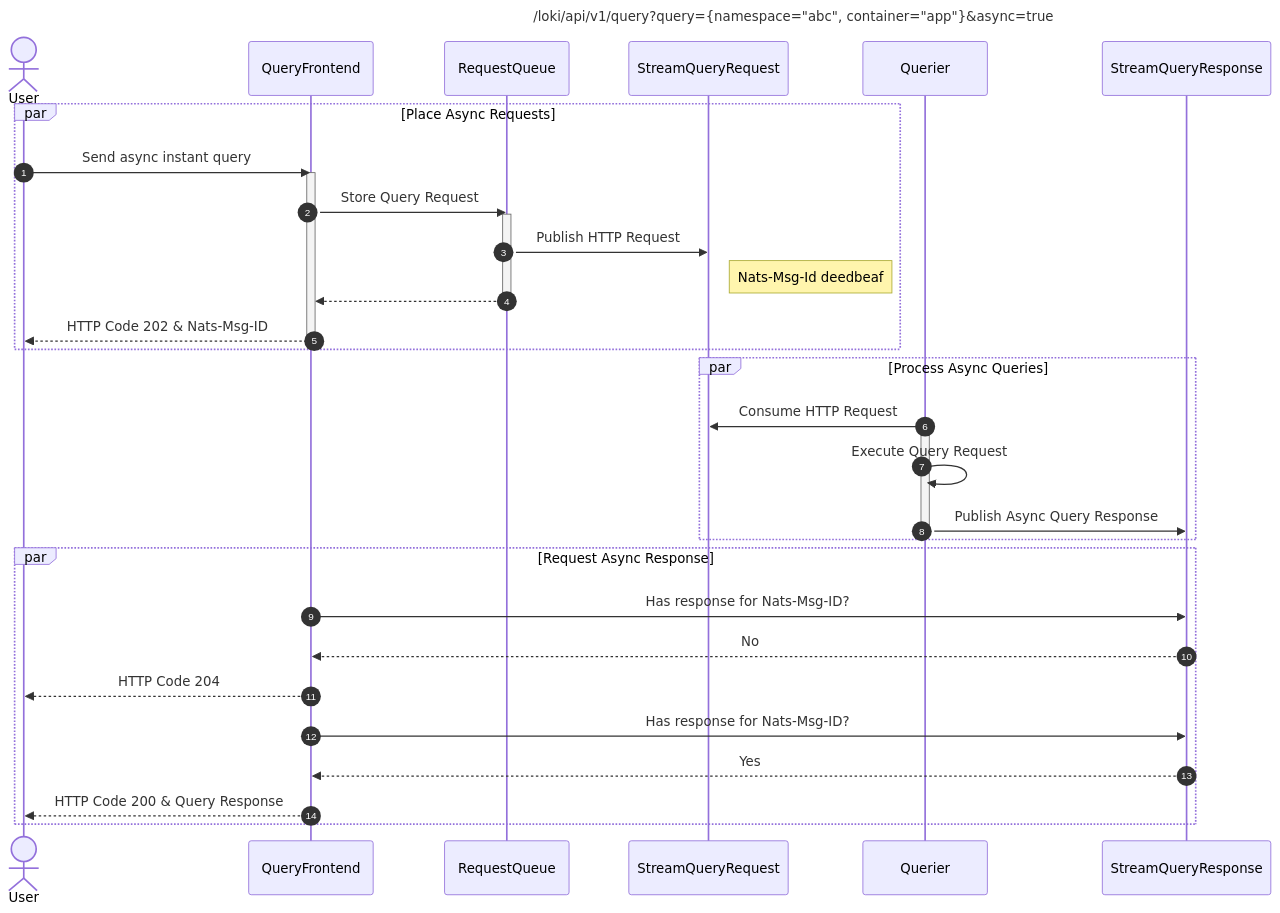
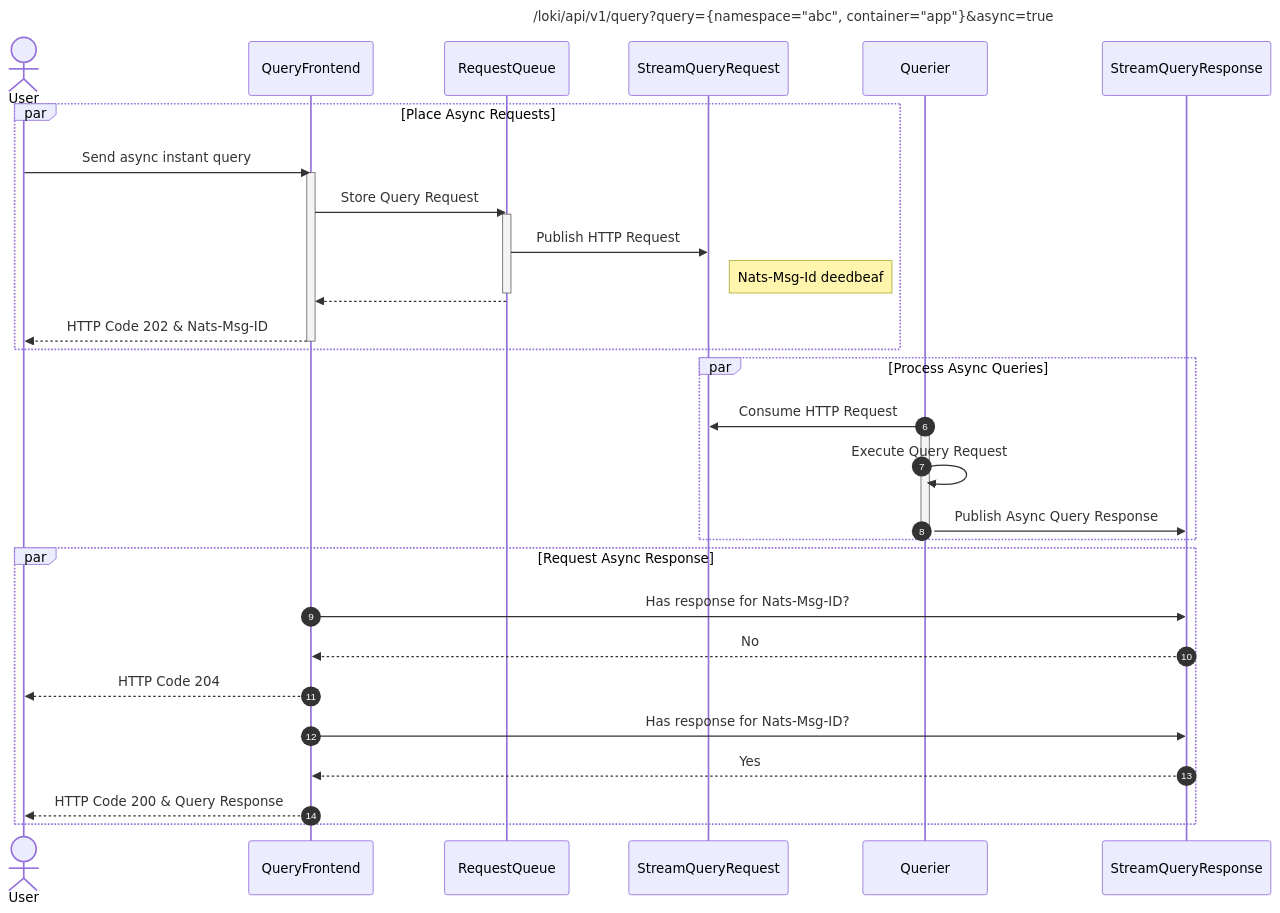
One commit to grafana/loki changed the diagram in docs/sources/community/lids/_DRAFT_AsynchronousQueries.md. Above: the diagram before and after it, drawn with Mermaid.

Commit message:
Remove mermaid autonumber plugin

````diff
--- a/docs/sources/community/lids/_DRAFT_AsynchronousQueries.md
+++ b/docs/sources/community/lids/_DRAFT_AsynchronousQueries.md
@@ -101,34 +101,33 @@
 ```mermaid
   sequenceDiagram
-      autonumber
       title /loki/api/v1/query?query={namespace="abc", container="app"}&async=true
       actor User
       par Place Async Requests
       User->>QueryFrontend: Send async instant query
       activate QueryFrontend
       QueryFrontend->>RequestQueue: Store Query Request
       activate RequestQueue
       RequestQueue->>StreamQueryRequest: Publish HTTP Request
       Note right of StreamQueryRequest: Nats-Msg-Id deedbeaf
       deactivate RequestQueue
       RequestQueue-->>QueryFrontend:
       QueryFrontend-->>User: HTTP Code 202 & Nats-Msg-ID
       deactivate QueryFrontend
       end
       par Process Async Queries
       autonumber
       Querier->>StreamQueryRequest: Consume HTTP Request
       activate Querier
       Querier->>Querier: Execute Query Request
       Querier->>StreamQueryResponse: Publish Async Query Response
       deactivate Querier
       end
       par Request Async Response
       QueryFrontend->>StreamQueryResponse: Has response for Nats-Msg-ID?
       StreamQueryResponse-->>QueryFrontend: No
       QueryFrontend-->>User: HTTP Code 204
       QueryFrontend->>StreamQueryResponse: Has response for Nats-Msg-ID?
       StreamQueryResponse-->>QueryFrontend: Yes
       QueryFrontend-->>User: HTTP Code 200 & Query Response
       end
 ```
````
